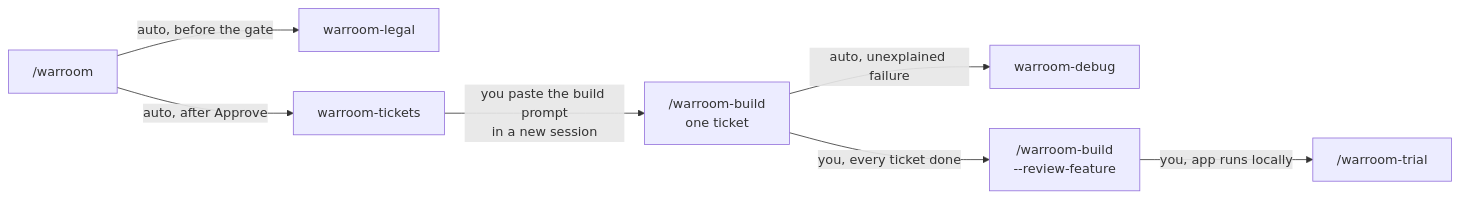
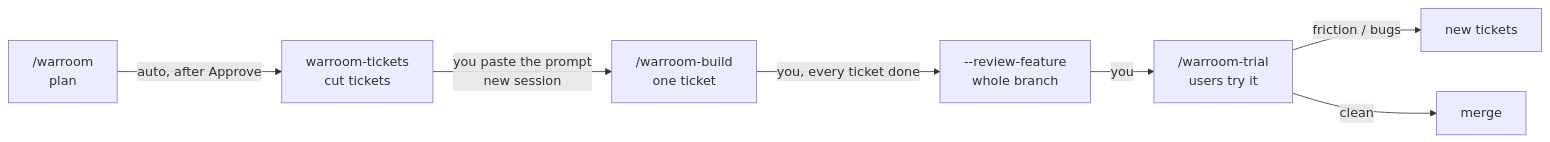
Before and after one commit to mousemouse094526/kiki-kit: the first of 8 diagrams in docs/flow.md, drawn with Mermaid. The commit also changed other lines of this file and 1 other file, not shown here.

Commit message:
docs(flow): per-skill flows with steps, glossary, and what you type

````diff
--- a/docs/flow.md
+++ b/docs/flow.md
@@ -15,17 +44,17 @@
 ```mermaid
 flowchart LR
-    W["/warroom"]
-    L["warroom-legal"]
-    T["warroom-tickets"]
+    W["/warroom<br/>plan"]
+    T["warroom-tickets<br/>cut tickets"]
     B["/warroom-build<br/>one ticket"]
-    D["warroom-debug"]
-    R["/warroom-build<br/>--review-feature"]
-    TR["/warroom-trial"]
+    R["--review-feature<br/>whole branch"]
+    TR["/warroom-trial<br/>users try it"]
+    NT["new tickets"]
+    M["merge"]
 
-    W -->|auto, before the gate| L
     W -->|auto, after Approve| T
-    T -->|you paste the build prompt<br/>in a new session| B
-    B -->|auto, unexplained failure| D
+    T -->|you paste the prompt<br/>new session| B
     B -->|you, every ticket done| R
-    R -->|you, app runs locally| TR
+    R -->|you| TR
+    TR -->|friction / bugs| NT
+    TR -->|clean| M
 ```
````
